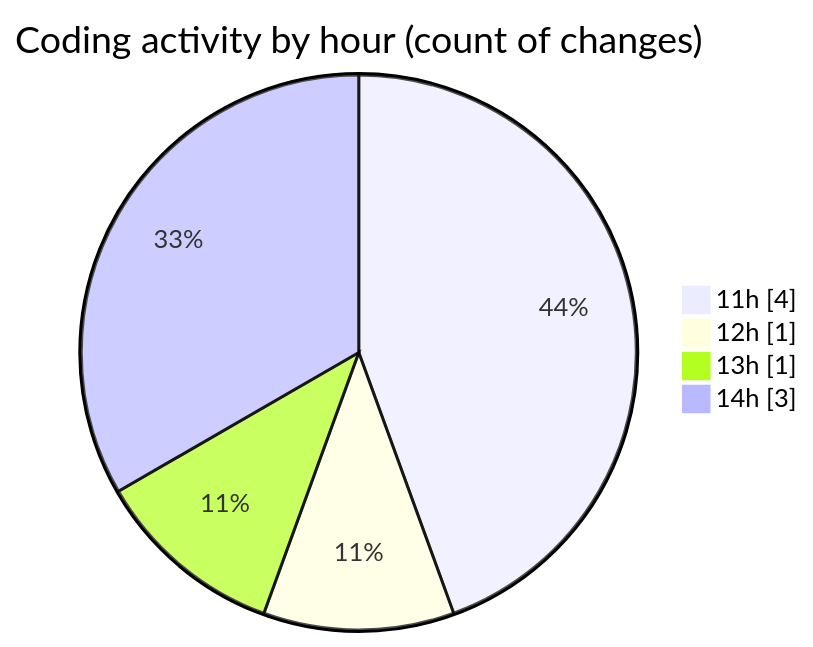
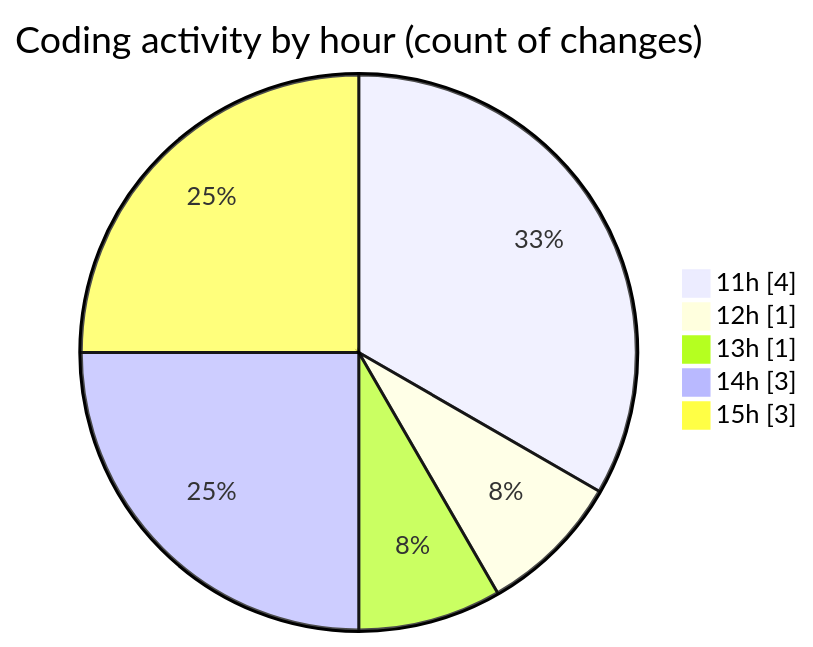
One commit to LanceThiago/code-tracking changed the second of 2 diagrams in 2026-09-09/web/README.md. Above: the diagram before and after it, drawn with Mermaid. The commit also changed other lines of this file and 1 other file, not shown here.

````diff
--- a/2026-09-09/web/README.md
+++ b/2026-09-09/web/README.md
@@ -32,8 +32,9 @@
 ```mermaid
 pie showData
 title Coding activity by hour (count of changes)
 "11h" : 4
 "12h" : 1
 "13h" : 1
 "14h" : 3
+"15h" : 3
 ```
````
